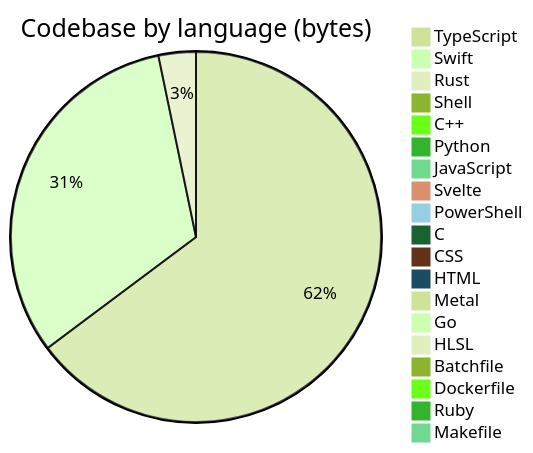
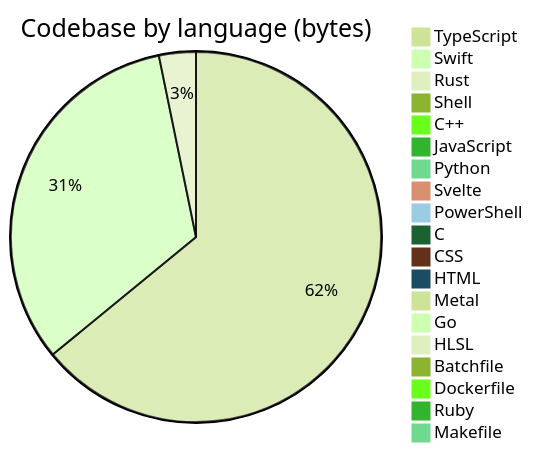
Before and after one commit to Open330/.github: the diagram in profile/README.md, drawn with Mermaid (forest theme). The commit also changed other lines of this file, not shown here.

````diff
--- a/profile/README.md
+++ b/profile/README.md
@@ -130,22 +130,22 @@
 ```mermaid
 pie title Codebase by language (bytes)
-    "TypeScript" : 34297899
-    "Swift" : 16926167
+    "TypeScript" : 34344418
+    "Swift" : 17539700
     "Rust" : 1725108
-    "Shell" : 472359
+    "Shell" : 473339
     "C++" : 388775
+    "JavaScript" : 305886
     "Python" : 297585
-    "JavaScript" : 270475
     "Svelte" : 143451
     "PowerShell" : 128198
     "C" : 114143
-    "CSS" : 101811
+    "CSS" : 103462
     "HTML" : 42579
     "Metal" : 33033
     "Go" : 22811
     "HLSL" : 7527
     "Batchfile" : 5870
     "Dockerfile" : 4893
     "Ruby" : 1554
     "Makefile" : 1150
 ```
````
